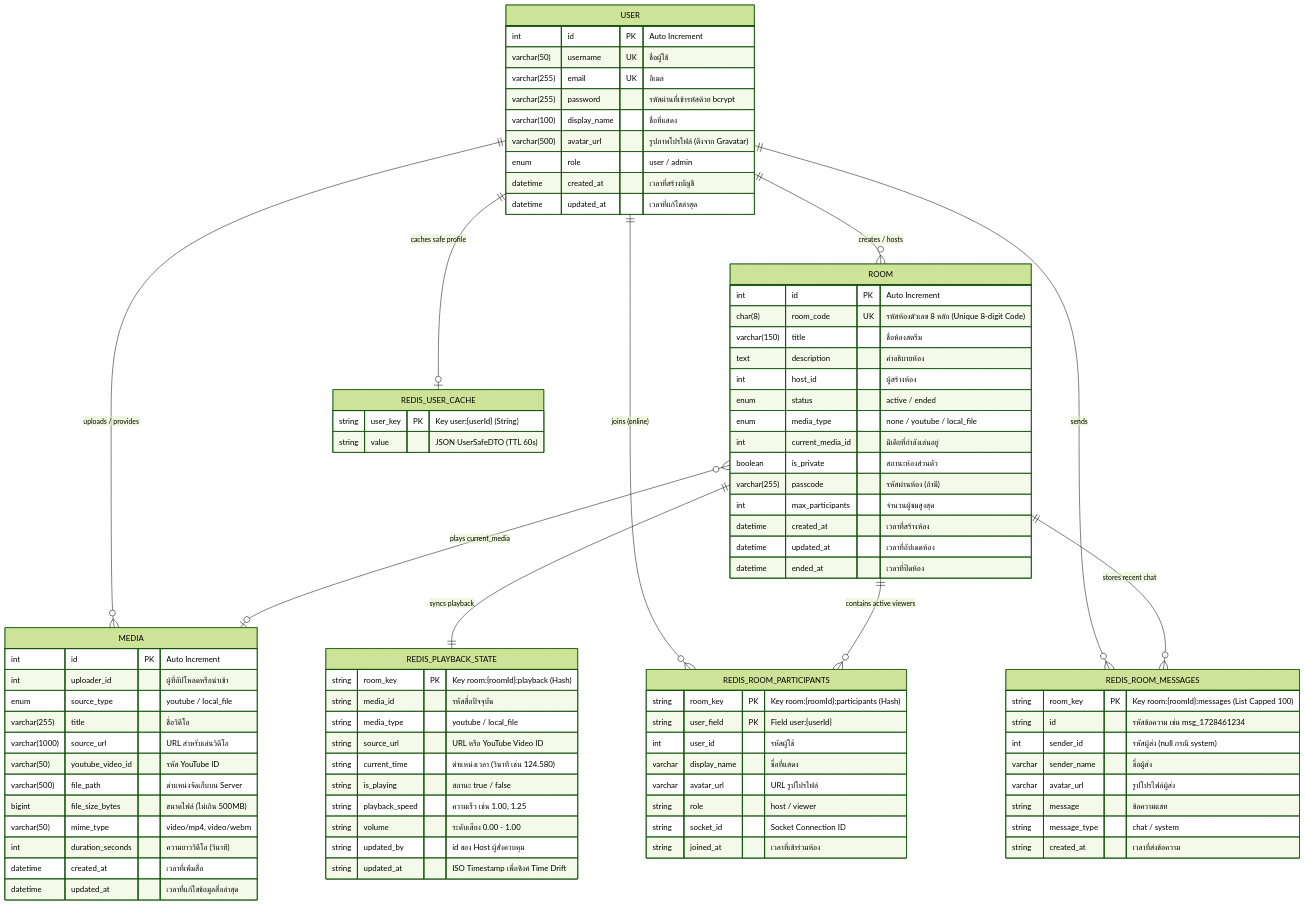
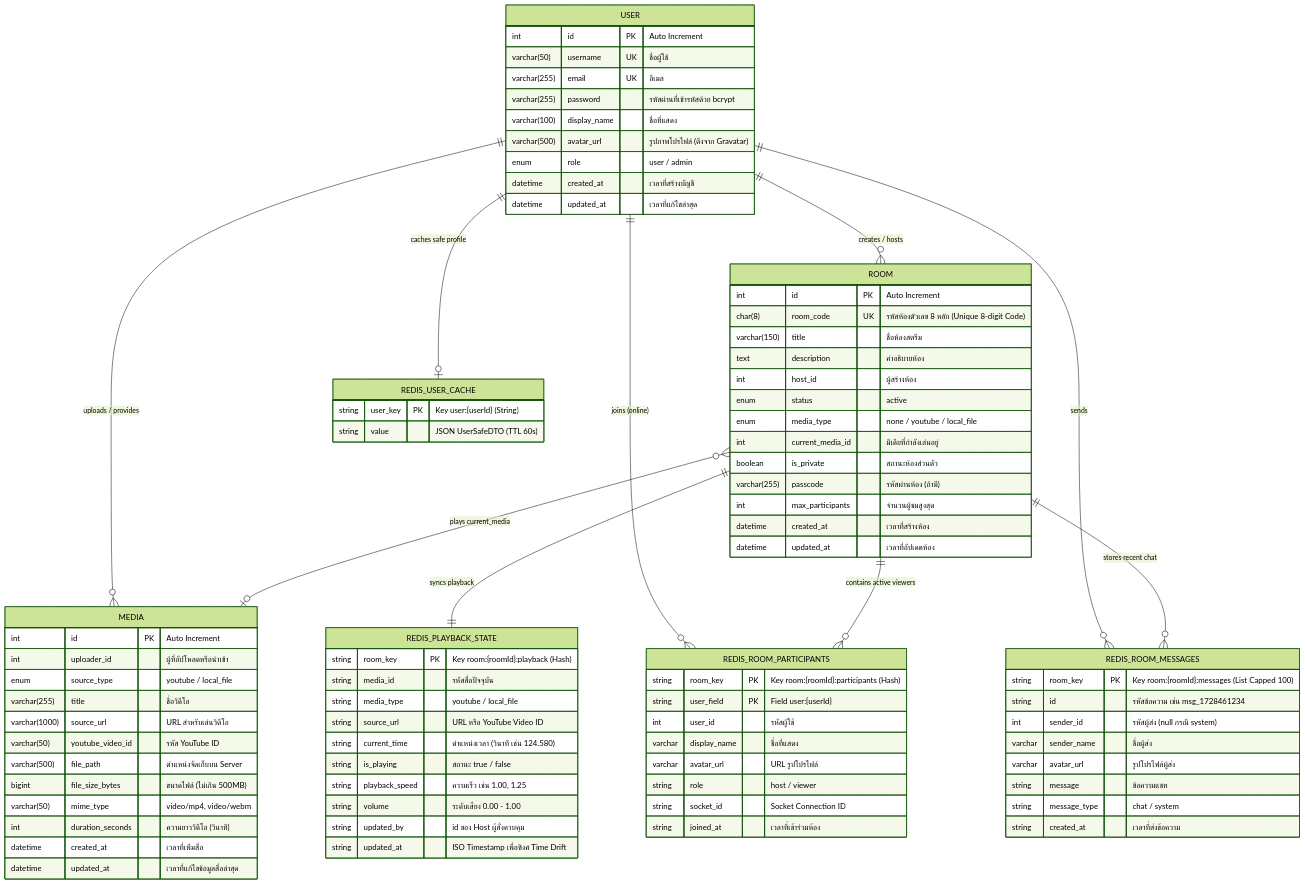
Before and after one commit to PeterGamez/YouStream: the fourth of 4 diagrams in SRS.md, drawn with Mermaid (forest theme). The commit also changed other lines of this file and 11 other files, not shown here.

Commit message:
feat: implement room and media backend architecture, database schema, and admin frontend page

```diff
--- a/SRS.md
+++ b/SRS.md
@@ -275,7 +275,7 @@
         varchar(150) title "ชื่อห้องสตรีม"
         text description "คำอธิบายห้อง"
         int host_id "ผู้สร้างห้อง"
-        enum status "active / ended"
+        enum status "active"
         enum media_type "none / youtube / local_file"
         int current_media_id "มีเดียที่กำลังเล่นอยู่"
         boolean is_private "สถานะห้องส่วนตัว"
@@ -283,7 +283,7 @@
         int max_participants "จำนวนผู้ชมสูงสุด"
         datetime created_at "เวลาที่สร้างห้อง"
         datetime updated_at "เวลาที่อัปเดตห้อง"
-        datetime ended_at "เวลาที่ปิดห้อง"
+
     }
 
     MEDIA {
```
